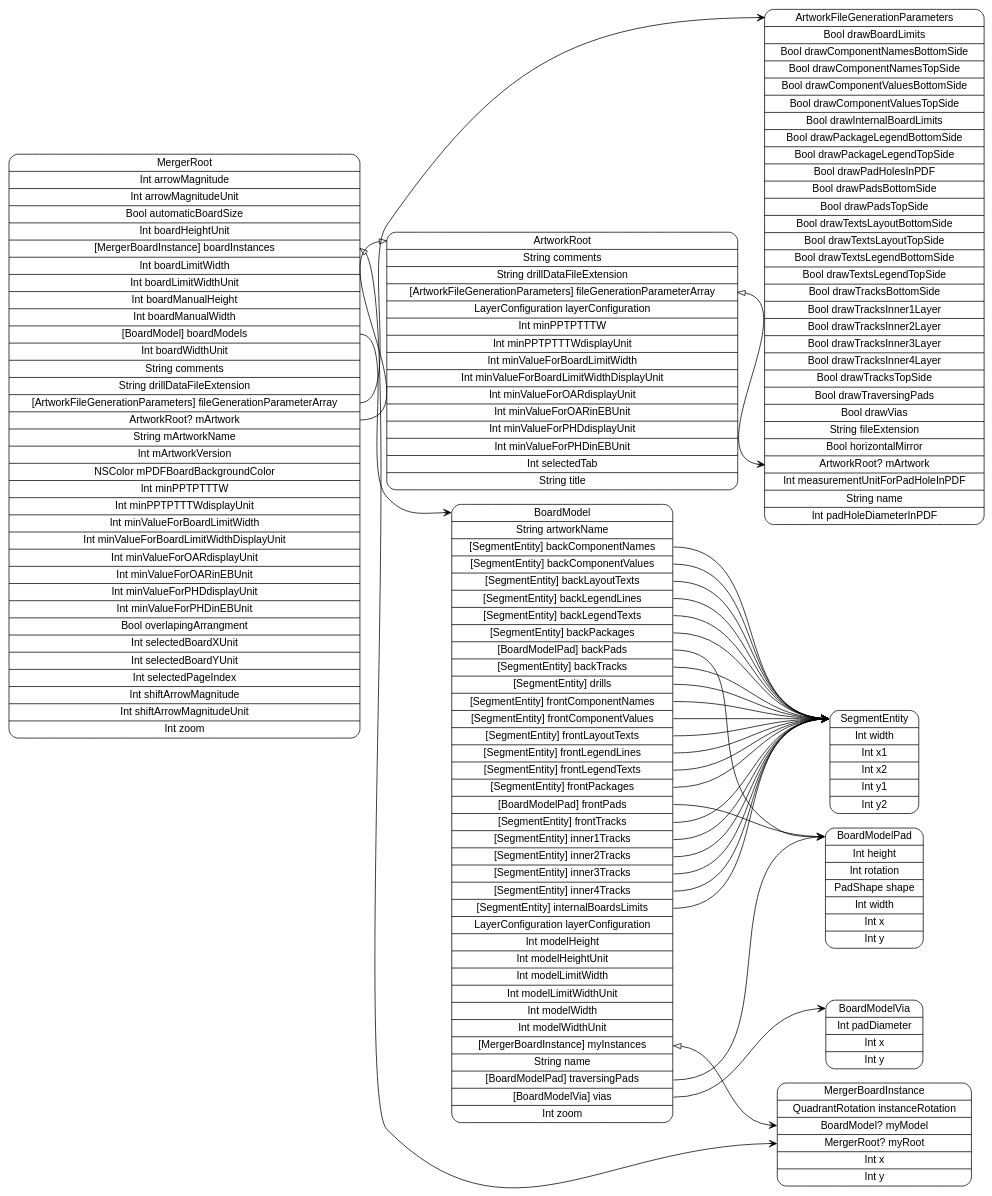
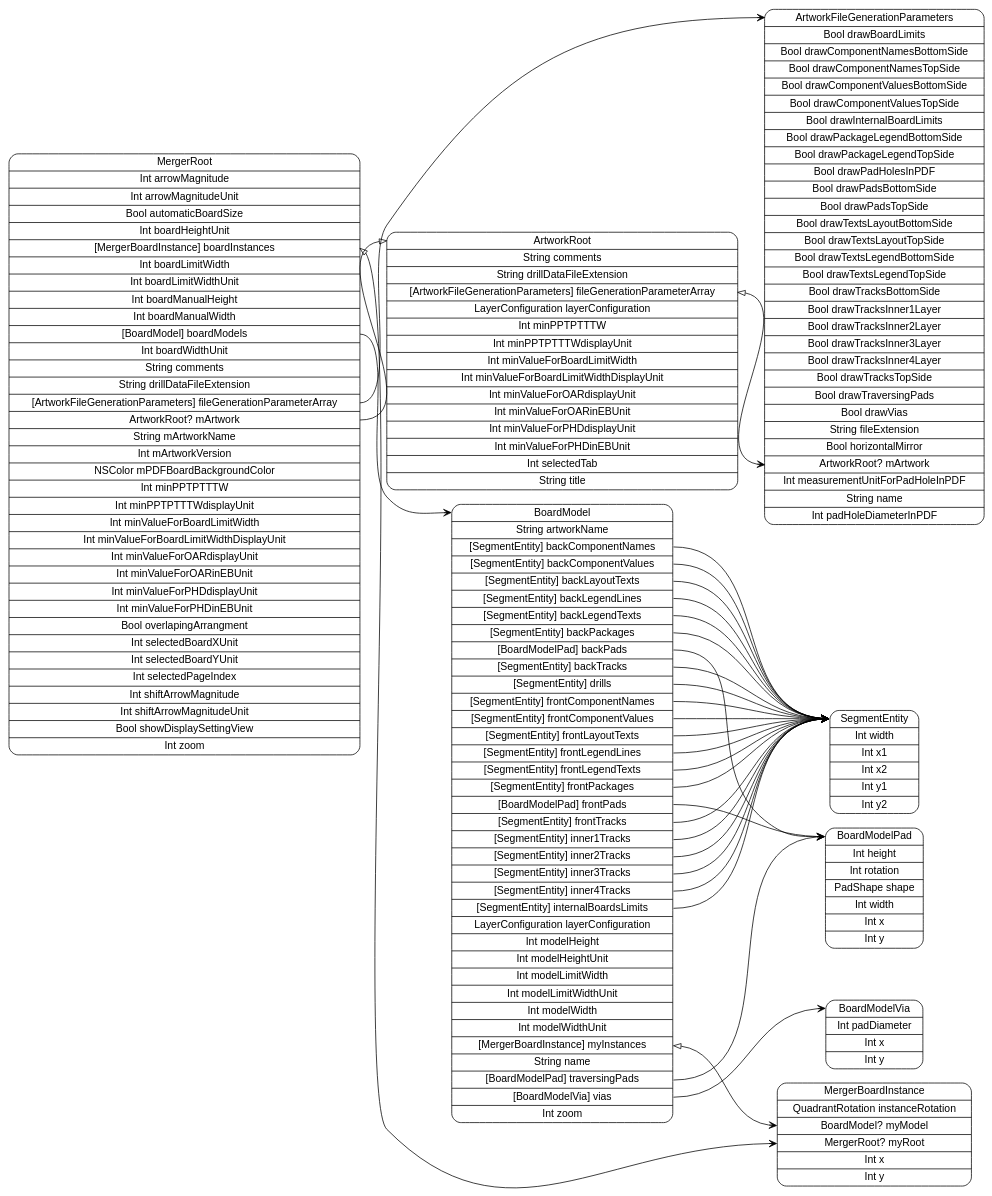
The diagram in models/MergerRoot.dot (pierremolinaro/ElCanari-dev), drawn with Graphviz before and after one commit. The commit also changed 37 other files, not shown here.

Commit message:
Auto Layout Merger document, model presque fini

```diff
--- a/models/MergerRoot.dot
+++ b/models/MergerRoot.dot
@@ -1,42 +1,42 @@
 digraph G {
   rankdir=LR ;
   node [shape=record fontname=helvetica style=rounded] ;
-  MergerRoot[label="<MergerRoot>MergerRoot|Int arrowMagnitude|Int arrowMagnitudeUnit|Bool automaticBoardSize|Int boardHeightUnit|<boardInstances>[MergerBoardInstance] boardInstances|Int boardLimitWidth|Int boardLimitWidthUnit|Int boardManualHeight|Int boardManualWidth|<boardModels>[BoardModel] boardModels|Int boardWidthUnit|String comments|String drillDataFileExtension|<fileGenerationParameterArray>[ArtworkFileGenerationParameters] fileGenerationParameterArray|<mArtwork>ArtworkRoot? mArtwork|String mArtworkName|Int mArtworkVersion|NSColor mPDFBoardBackgroundColor|Int minPPTPTTTW|Int minPPTPTTTWdisplayUnit|Int minValueForBoardLimitWidth|Int minValueForBoardLimitWidthDisplayUnit|Int minValueForOARdisplayUnit|Int minValueForOARinEBUnit|Int minValueForPHDdisplayUnit|Int minValueForPHDinEBUnit|Bool overlapingArrangment|Int selectedBoardXUnit|Int selectedBoardYUnit|Int selectedPageIndex|Int shiftArrowMagnitude|Int shiftArrowMagnitudeUnit|Int zoom"] ;
+  MergerRoot[label="<MergerRoot>MergerRoot|Int arrowMagnitude|Int arrowMagnitudeUnit|Bool automaticBoardSize|Int boardHeightUnit|<boardInstances>[MergerBoardInstance] boardInstances|Int boardLimitWidth|Int boardLimitWidthUnit|Int boardManualHeight|Int boardManualWidth|<boardModels>[BoardModel] boardModels|Int boardWidthUnit|String comments|String drillDataFileExtension|<fileGenerationParameterArray>[ArtworkFileGenerationParameters] fileGenerationParameterArray|<mArtwork>ArtworkRoot? mArtwork|String mArtworkName|Int mArtworkVersion|NSColor mPDFBoardBackgroundColor|Int minPPTPTTTW|Int minPPTPTTTWdisplayUnit|Int minValueForBoardLimitWidth|Int minValueForBoardLimitWidthDisplayUnit|Int minValueForOARdisplayUnit|Int minValueForOARinEBUnit|Int minValueForPHDdisplayUnit|Int minValueForPHDinEBUnit|Bool overlapingArrangment|Int selectedBoardXUnit|Int selectedBoardYUnit|Int selectedPageIndex|Int shiftArrowMagnitude|Int shiftArrowMagnitudeUnit|Bool showDisplaySettingView|Int zoom"] ;
   ArtworkRoot[label="<ArtworkRoot>ArtworkRoot|String comments|String drillDataFileExtension|<fileGenerationParameterArray>[ArtworkFileGenerationParameters] fileGenerationParameterArray|LayerConfiguration layerConfiguration|Int minPPTPTTTW|Int minPPTPTTTWdisplayUnit|Int minValueForBoardLimitWidth|Int minValueForBoardLimitWidthDisplayUnit|Int minValueForOARdisplayUnit|Int minValueForOARinEBUnit|Int minValueForPHDdisplayUnit|Int minValueForPHDinEBUnit|Int selectedTab|String title"] ;
   ArtworkFileGenerationParameters[label="<ArtworkFileGenerationParameters>ArtworkFileGenerationParameters|Bool drawBoardLimits|Bool drawComponentNamesBottomSide|Bool drawComponentNamesTopSide|Bool drawComponentValuesBottomSide|Bool drawComponentValuesTopSide|Bool drawInternalBoardLimits|Bool drawPackageLegendBottomSide|Bool drawPackageLegendTopSide|Bool drawPadHolesInPDF|Bool drawPadsBottomSide|Bool drawPadsTopSide|Bool drawTextsLayoutBottomSide|Bool drawTextsLayoutTopSide|Bool drawTextsLegendBottomSide|Bool drawTextsLegendTopSide|Bool drawTracksBottomSide|Bool drawTracksInner1Layer|Bool drawTracksInner2Layer|Bool drawTracksInner3Layer|Bool drawTracksInner4Layer|Bool drawTracksTopSide|Bool drawTraversingPads|Bool drawVias|String fileExtension|Bool horizontalMirror|<mArtwork>ArtworkRoot? mArtwork|Int measurementUnitForPadHoleInPDF|String name|Int padHoleDiameterInPDF"] ;
   BoardModel[label="<BoardModel>BoardModel|String artworkName|<backComponentNames>[SegmentEntity] backComponentNames|<backComponentValues>[SegmentEntity] backComponentValues|<backLayoutTexts>[SegmentEntity] backLayoutTexts|<backLegendLines>[SegmentEntity] backLegendLines|<backLegendTexts>[SegmentEntity] backLegendTexts|<backPackages>[SegmentEntity] backPackages|<backPads>[BoardModelPad] backPads|<backTracks>[SegmentEntity] backTracks|<drills>[SegmentEntity] drills|<frontComponentNames>[SegmentEntity] frontComponentNames|<frontComponentValues>[SegmentEntity] frontComponentValues|<frontLayoutTexts>[SegmentEntity] frontLayoutTexts|<frontLegendLines>[SegmentEntity] frontLegendLines|<frontLegendTexts>[SegmentEntity] frontLegendTexts|<frontPackages>[SegmentEntity] frontPackages|<frontPads>[BoardModelPad] frontPads|<frontTracks>[SegmentEntity] frontTracks|<inner1Tracks>[SegmentEntity] inner1Tracks|<inner2Tracks>[SegmentEntity] inner2Tracks|<inner3Tracks>[SegmentEntity] inner3Tracks|<inner4Tracks>[SegmentEntity] inner4Tracks|<internalBoardsLimits>[SegmentEntity] internalBoardsLimits|LayerConfiguration layerConfiguration|Int modelHeight|Int modelHeightUnit|Int modelLimitWidth|Int modelLimitWidthUnit|Int modelWidth|Int modelWidthUnit|<myInstances>[MergerBoardInstance] myInstances|String name|<traversingPads>[BoardModelPad] traversingPads|<vias>[BoardModelVia] vias|Int zoom"] ;
   BoardModelVia[label="<BoardModelVia>BoardModelVia|Int padDiameter|Int x|Int y"] ;
   BoardModelPad[label="<BoardModelPad>BoardModelPad|Int height|Int rotation|PadShape shape|Int width|Int x|Int y"] ;
   SegmentEntity[label="<SegmentEntity>SegmentEntity|Int width|Int x1|Int x2|Int y1|Int y2"] ;
   MergerBoardInstance[label="<MergerBoardInstance>MergerBoardInstance|QuadrantRotation instanceRotation|<myModel>BoardModel? myModel|<myRoot>MergerRoot? myRoot|Int x|Int y"] ;
   MergerRoot:boardInstances -> MergerBoardInstance:myRoot [dir=both arrowtail=onormal arrowhead=vee] ;
   MergerRoot:boardModels -> BoardModel:BoardModel [dir=both arrowtail=none arrowhead=vee] ;
   MergerRoot:fileGenerationParameterArray -> ArtworkFileGenerationParameters:ArtworkFileGenerationParameters [dir=both arrowtail=none arrowhead=vee] ;
   MergerRoot:mArtwork -> ArtworkRoot:ArtworkRoot [dir=both arrowtail=none arrowhead=onormal] ;
   ArtworkRoot:fileGenerationParameterArray -> ArtworkFileGenerationParameters:mArtwork [dir=both arrowtail=onormal arrowhead=vee] ;
   BoardModel:backComponentNames -> SegmentEntity:SegmentEntity [dir=both arrowtail=none arrowhead=vee] ;
   BoardModel:backComponentValues -> SegmentEntity:SegmentEntity [dir=both arrowtail=none arrowhead=vee] ;
   BoardModel:backLayoutTexts -> SegmentEntity:SegmentEntity [dir=both arrowtail=none arrowhead=vee] ;
   BoardModel:backLegendLines -> SegmentEntity:SegmentEntity [dir=both arrowtail=none arrowhead=vee] ;
   BoardModel:backLegendTexts -> SegmentEntity:SegmentEntity [dir=both arrowtail=none arrowhead=vee] ;
   BoardModel:backPackages -> SegmentEntity:SegmentEntity [dir=both arrowtail=none arrowhead=vee] ;
   BoardModel:backPads -> BoardModelPad:BoardModelPad [dir=both arrowtail=none arrowhead=vee] ;
   BoardModel:backTracks -> SegmentEntity:SegmentEntity [dir=both arrowtail=none arrowhead=vee] ;
   BoardModel:drills -> SegmentEntity:SegmentEntity [dir=both arrowtail=none arrowhead=vee] ;
   BoardModel:frontComponentNames -> SegmentEntity:SegmentEntity [dir=both arrowtail=none arrowhead=vee] ;
   BoardModel:frontComponentValues -> SegmentEntity:SegmentEntity [dir=both arrowtail=none arrowhead=vee] ;
   BoardModel:frontLayoutTexts -> SegmentEntity:SegmentEntity [dir=both arrowtail=none arrowhead=vee] ;
   BoardModel:frontLegendLines -> SegmentEntity:SegmentEntity [dir=both arrowtail=none arrowhead=vee] ;
   BoardModel:frontLegendTexts -> SegmentEntity:SegmentEntity [dir=both arrowtail=none arrowhead=vee] ;
   BoardModel:frontPackages -> SegmentEntity:SegmentEntity [dir=both arrowtail=none arrowhead=vee] ;
   BoardModel:frontPads -> BoardModelPad:BoardModelPad [dir=both arrowtail=none arrowhead=vee] ;
   BoardModel:frontTracks -> SegmentEntity:SegmentEntity [dir=both arrowtail=none arrowhead=vee] ;
   BoardModel:inner1Tracks -> SegmentEntity:SegmentEntity [dir=both arrowtail=none arrowhead=vee] ;
   BoardModel:inner2Tracks -> SegmentEntity:SegmentEntity [dir=both arrowtail=none arrowhead=vee] ;
   BoardModel:inner3Tracks -> SegmentEntity:SegmentEntity [dir=both arrowtail=none arrowhead=vee] ;
   BoardModel:inner4Tracks -> SegmentEntity:SegmentEntity [dir=both arrowtail=none arrowhead=vee] ;
   BoardModel:internalBoardsLimits -> SegmentEntity:SegmentEntity [dir=both arrowtail=none arrowhead=vee] ;
   BoardModel:myInstances -> MergerBoardInstance:myModel [dir=both arrowtail=onormal arrowhead=vee] ;
   BoardModel:traversingPads -> BoardModelPad:BoardModelPad [dir=both arrowtail=none arrowhead=vee] ;
   BoardModel:vias -> BoardModelVia:BoardModelVia [dir=both arrowtail=none arrowhead=vee] ;
 }
```
